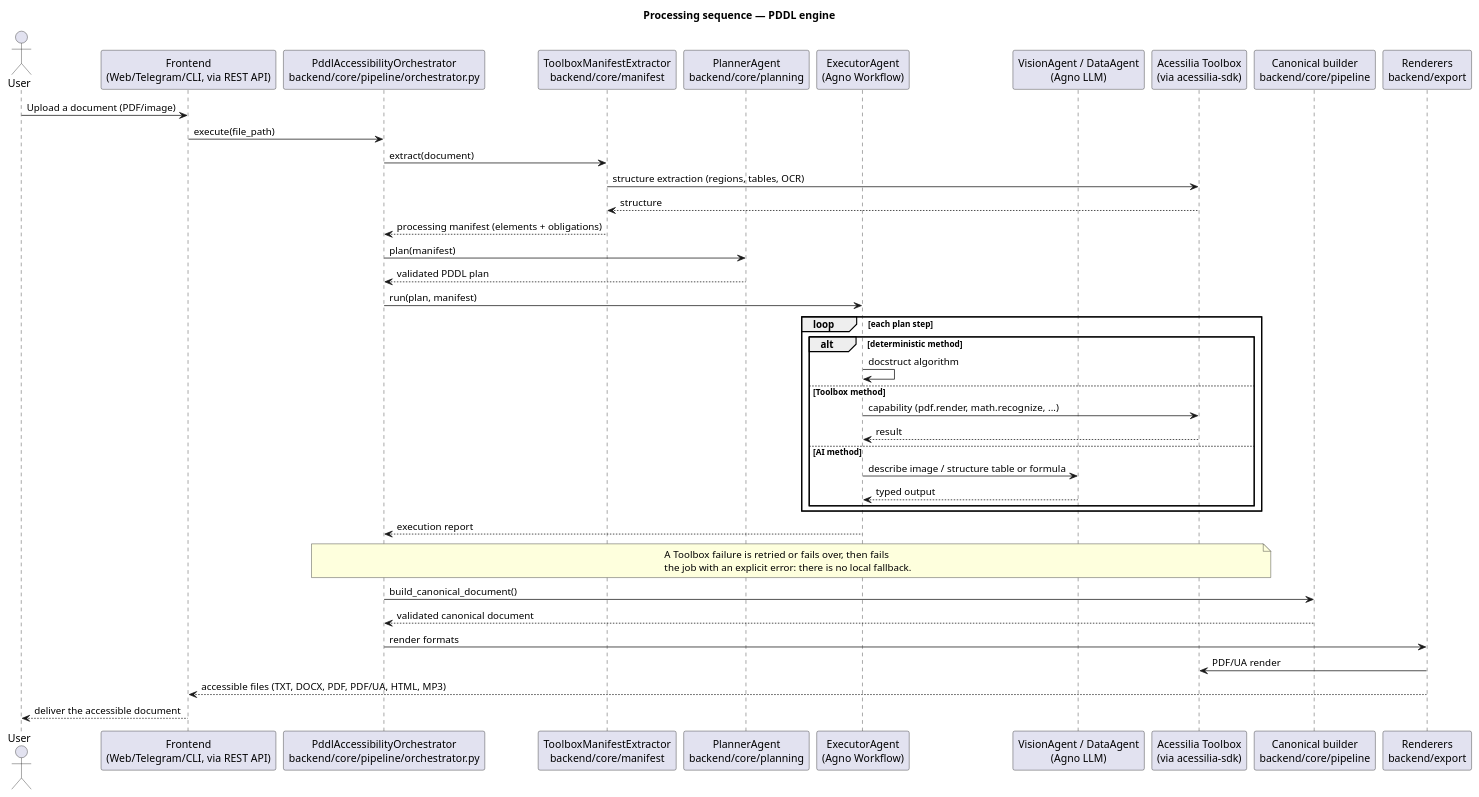
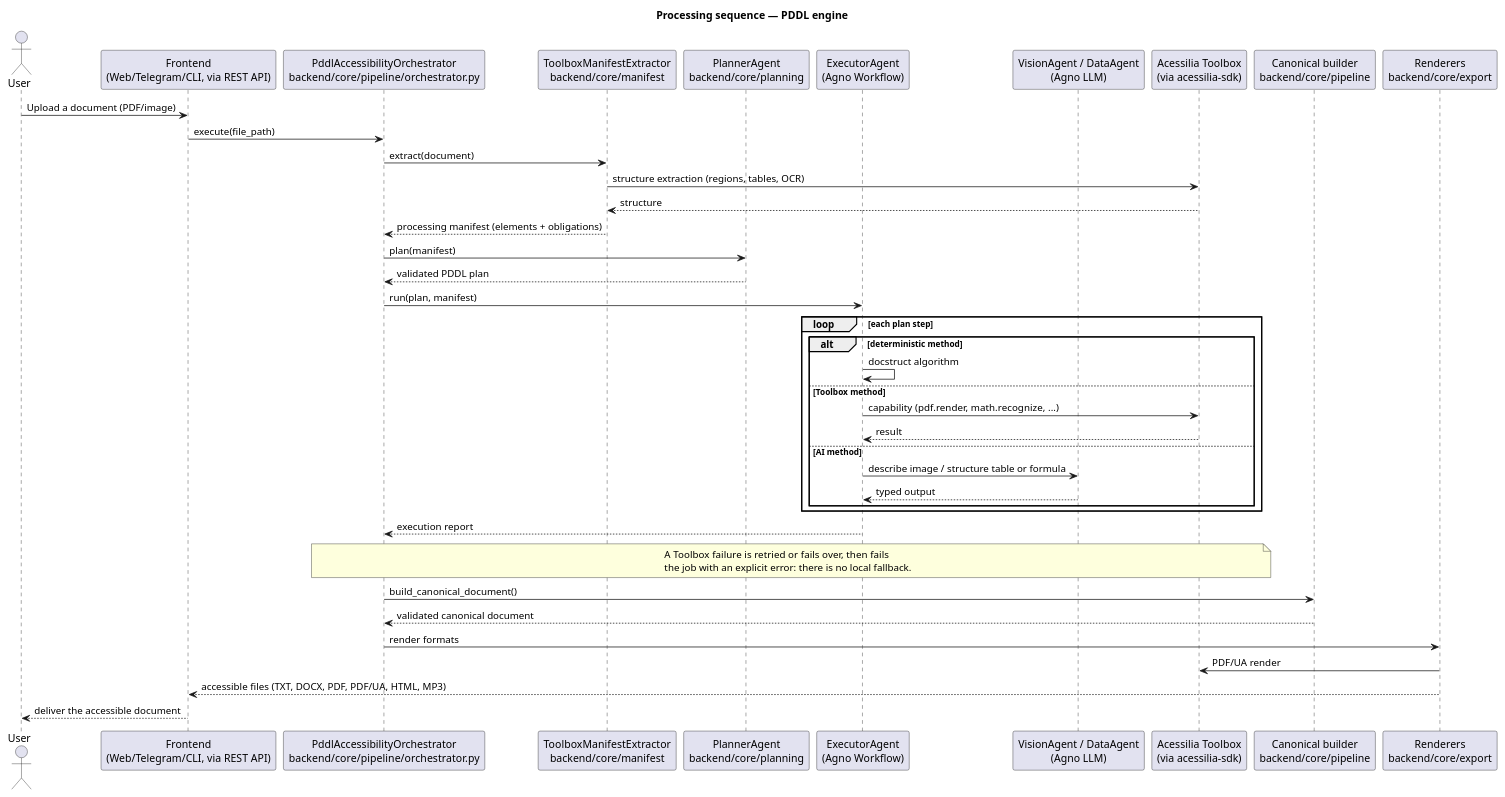
Before and after one commit to A11yDevs/acessilia: the diagram in docs/sequence/document_processing_sequence.puml, drawn with PlantUML. The commit also changed 1 other file, not shown here.

Commit message:
docs(core): point the PlantUML diagrams at backend/core/export
architecture.puml and document_processing_sequence.puml label the
renderers and exporters with backend/core/export. The path rewrite had
missed them: in a PlantUML label the path follows a literal "\n", whose
"n" read as part of a word.

```diff
--- a/docs/sequence/document_processing_sequence.puml
+++ b/docs/sequence/document_processing_sequence.puml
@@ -1,55 +1,55 @@
 @startuml document_processing_sequence
 skinparam shadowing false
 
 title Processing sequence — PDDL engine
 
 actor User
 participant "Frontend\n(Web/Telegram/CLI, via REST API)" as Front
 participant "PddlAccessibilityOrchestrator\nbackend/core/pipeline/orchestrator.py" as Orchestrator
 participant "ToolboxManifestExtractor\nbackend/core/manifest" as Manifest
 participant "PlannerAgent\nbackend/core/planning" as Planner
 participant "ExecutorAgent\n(Agno Workflow)" as Executor
 participant "VisionAgent / DataAgent\n(Agno LLM)" as Agents
 participant "Acessilia Toolbox\n(via acessilia-sdk)" as Toolbox
 participant "Canonical builder\nbackend/core/pipeline" as Builder
-participant "Renderers\nbackend/export" as Export
+participant "Renderers\nbackend/core/export" as Export
 
 User -> Front: Upload a document (PDF/image)
 Front -> Orchestrator: execute(file_path)
 
 Orchestrator -> Manifest: extract(document)
 Manifest -> Toolbox: structure extraction (regions, tables, OCR)
 Toolbox --> Manifest: structure
 Manifest --> Orchestrator: processing manifest (elements + obligations)
 
 Orchestrator -> Planner: plan(manifest)
 Planner --> Orchestrator: validated PDDL plan
 
 Orchestrator -> Executor: run(plan, manifest)
 loop each plan step
   alt deterministic method
     Executor -> Executor: docstruct algorithm
   else Toolbox method
     Executor -> Toolbox: capability (pdf.render, math.recognize, ...)
     Toolbox --> Executor: result
   else AI method
     Executor -> Agents: describe image / structure table or formula
     Agents --> Executor: typed output
   end
 end
 Executor --> Orchestrator: execution report
 
 note over Orchestrator, Toolbox
   A Toolbox failure is retried or fails over, then fails
   the job with an explicit error: there is no local fallback.
 end note
 
 Orchestrator -> Builder: build_canonical_document()
 Builder --> Orchestrator: validated canonical document
 
 Orchestrator -> Export: render formats
 Export -> Toolbox: PDF/UA render
 Export --> Front: accessible files (TXT, DOCX, PDF, PDF/UA, HTML, MP3)
 Front --> User: deliver the accessible document
 
 @enduml
```
